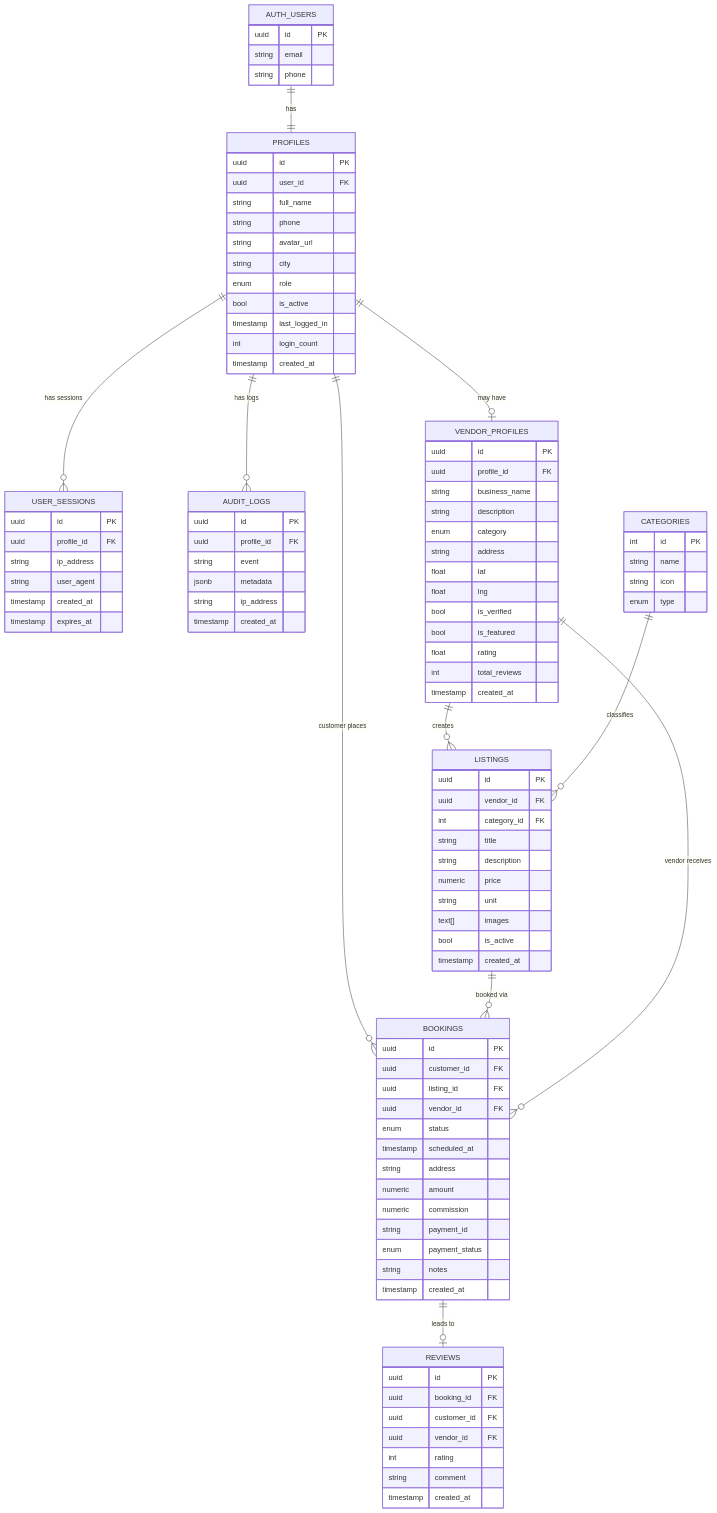
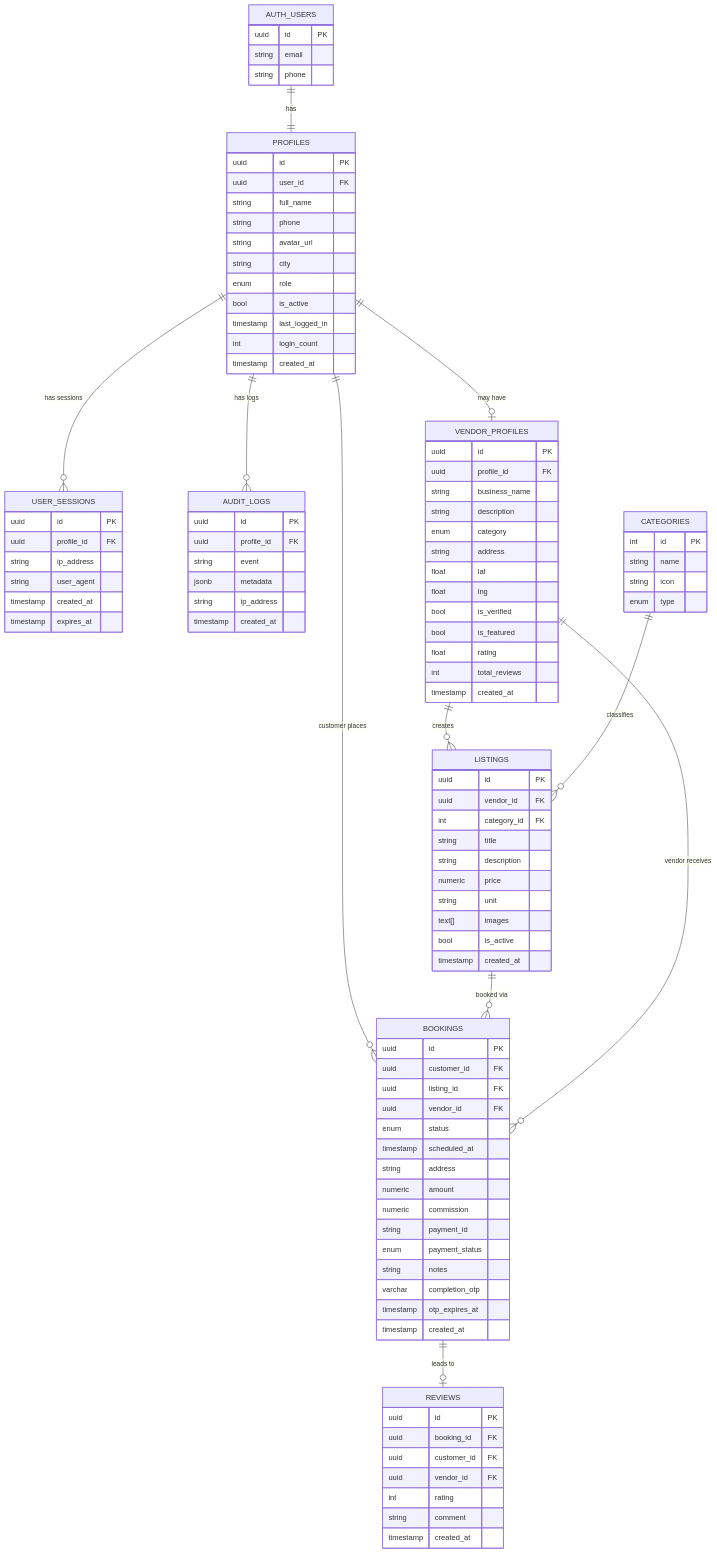
The diagram in Data/DATABASE.md (jaswanth264/veranda), drawn with Mermaid before and after one commit. The commit also changed other lines of this file and 16 other files, not shown here.

```diff
--- a/Data/DATABASE.md
+++ b/Data/DATABASE.md
@@ -91,6 +91,8 @@
         string payment_id
         enum payment_status
         string notes
+        varchar completion_otp
+        timestamp otp_expires_at
         timestamp created_at
     }
 
```
